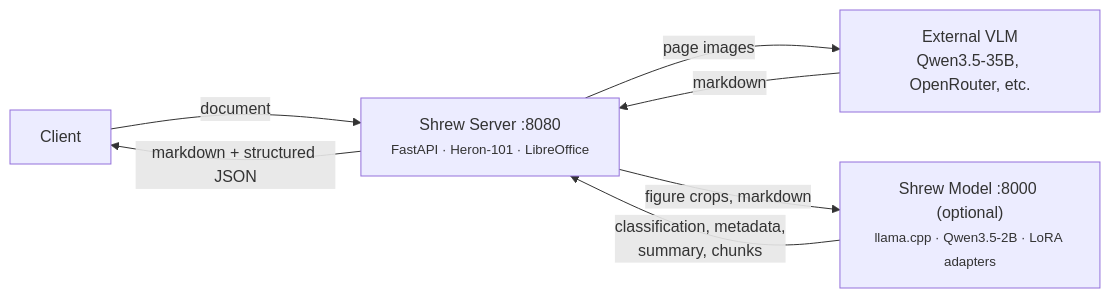
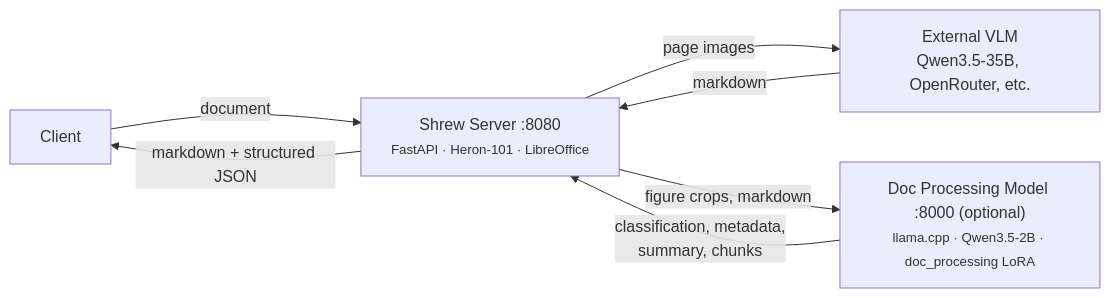
Before and after one commit to btbtyler09/shrew-server: the diagram in README.md, drawn with Mermaid. The commit also changed other lines of this file and 7 other files, not shown here.

````diff
--- a/README.md
+++ b/README.md
@@ -29,14 +29,14 @@
 ```mermaid
 graph LR
     Client["Client"]
     Server["Shrew Server :8080<br><small>FastAPI · Heron-101 · LibreOffice</small>"]
     VLM["External VLM<br>Qwen3.5-35B, OpenRouter, etc."]
-    Model["Shrew Model :8000 (optional)<br><small>llama.cpp · Qwen3.5-2B · LoRA adapters</small>"]
+    Model["Doc Processing Model :8000 (optional)<br><small>llama.cpp · Qwen3.5-2B · doc_processing LoRA</small>"]
 
     Client -- "document" --> Server
     Server -- "page images" --> VLM
     VLM -- "markdown" --> Server
     Server -- "figure crops, markdown" --> Model
     Model -- "classification, metadata,<br>summary, chunks" --> Server
     Server -- "markdown + structured JSON" --> Client
 ```
````
